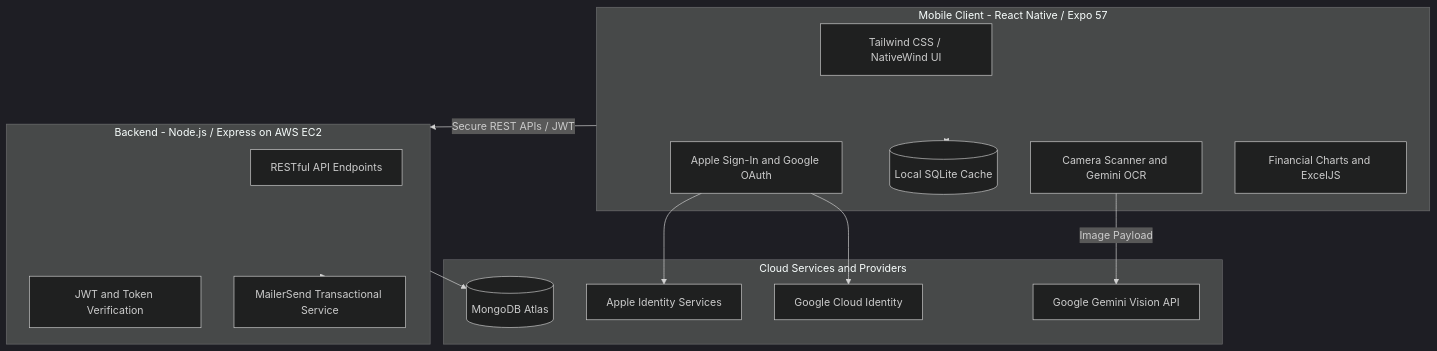
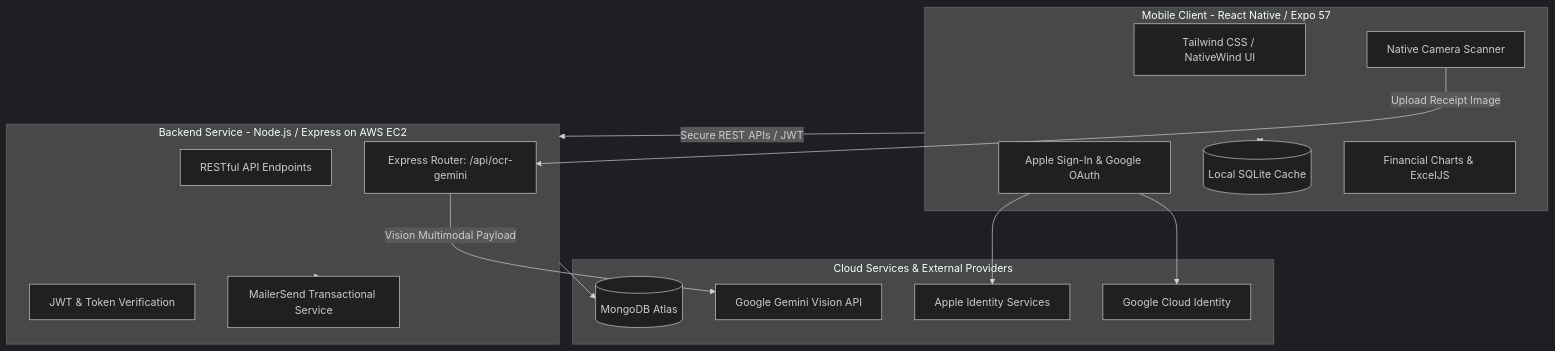
Before and after one commit to aquilesgoudeau/InvoiceSystemManagement: the diagram in README.md, drawn with Mermaid (dark theme).

Commit message:
doing some changes

````diff
--- a/README.md
+++ b/README.md
@@ -11,31 +11,33 @@
 ```mermaid
 flowchart TD
     subgraph MobileClient [Mobile Client - React Native / Expo 57]
         UI[Tailwind CSS / NativeWind UI]
-        AuthM[Apple Sign-In and Google OAuth]
+        AuthM[Apple Sign-In & Google OAuth]
         LocalStorage[(Local SQLite Cache)]
-        Scanner[Camera Scanner and Gemini OCR]
-        Reports[Financial Charts and ExcelJS]
+        Scanner[Native Camera Scanner]
+        Reports[Financial Charts & ExcelJS]
     end
 
-    subgraph Backend [Backend - Node.js / Express on AWS EC2]
+    subgraph Backend [Backend Service - Node.js / Express on AWS EC2]
         API[RESTful API Endpoints]
-        AuthV[JWT and Token Verification]
+        GeminiRouter[Express Router: /api/ocr-gemini]
+        AuthV[JWT & Token Verification]
         Mail[MailerSend Transactional Service]
     end
 
-    subgraph CloudServices [Cloud Services and Providers]
+    subgraph CloudServices [Cloud Services & External Providers]
         Mongo[(MongoDB Atlas)]
         AppleID[Apple Identity Services]
         GCP[Google Cloud Identity]
         GeminiAI[Google Gemini Vision API]
     end
 
     MobileClient -->|Secure REST APIs / JWT| Backend
     MobileClient <--> LocalStorage
+    Scanner -->|Upload Receipt Image| GeminiRouter
+    GeminiRouter -->|Vision Multimodal Payload| GeminiAI
     Backend --> Mongo
     Backend --> Mail
-    Scanner -->|Image Payload| GeminiAI
     AuthM --> AppleID
     AuthM --> GCP
 ```
````
